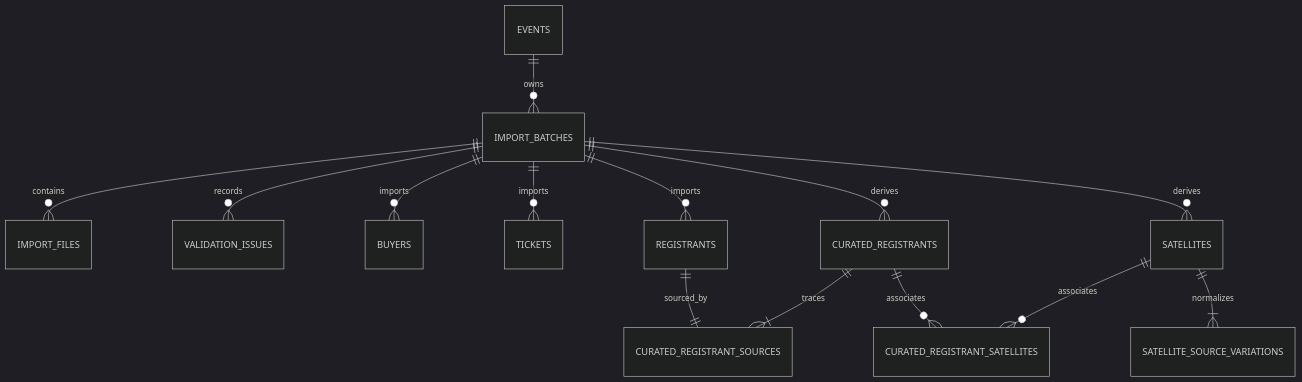
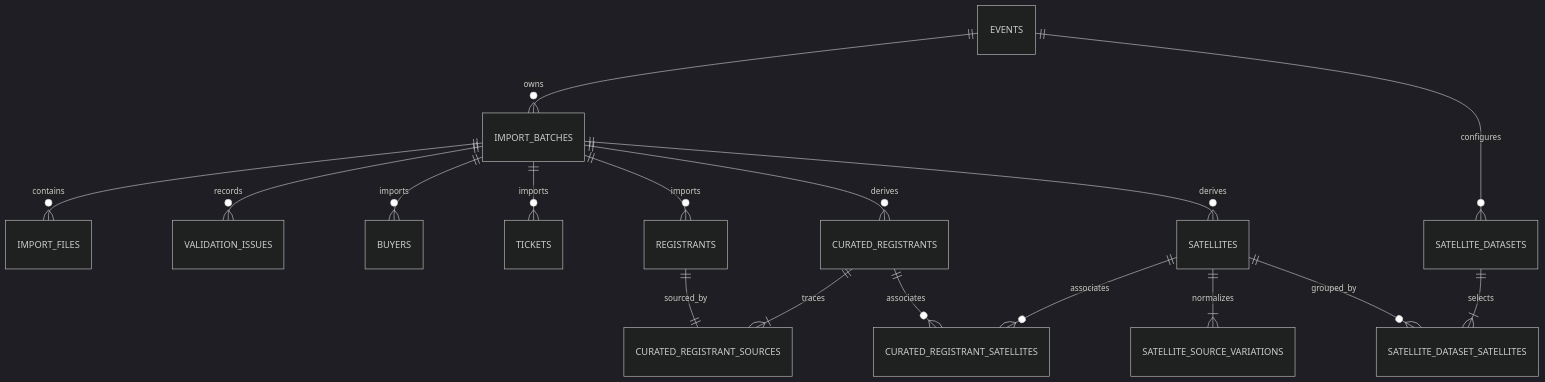
Before and after one commit to jakeromedev/ccf-event-intelligence: the diagram in CURRENT_DATABASE_STRUCTURE.md, drawn with Mermaid (dark theme). The commit also changed other lines of this file and 16 other files, not shown here.

Commit message:
Add configurable satellite dataset targets

````diff
--- a/CURRENT_DATABASE_STRUCTURE.md
+++ b/CURRENT_DATABASE_STRUCTURE.md
@@ -37,16 +39,19 @@
 ```mermaid
 erDiagram
     EVENTS ||--o{ IMPORT_BATCHES : owns
     IMPORT_BATCHES ||--o{ IMPORT_FILES : contains
     IMPORT_BATCHES ||--o{ VALIDATION_ISSUES : records
     IMPORT_BATCHES ||--o{ BUYERS : imports
     IMPORT_BATCHES ||--o{ TICKETS : imports
     IMPORT_BATCHES ||--o{ REGISTRANTS : imports
     IMPORT_BATCHES ||--o{ CURATED_REGISTRANTS : derives
     IMPORT_BATCHES ||--o{ SATELLITES : derives
     CURATED_REGISTRANTS ||--|{ CURATED_REGISTRANT_SOURCES : traces
     REGISTRANTS ||--|| CURATED_REGISTRANT_SOURCES : sourced_by
     CURATED_REGISTRANTS ||--o{ CURATED_REGISTRANT_SATELLITES : associates
     SATELLITES ||--o{ CURATED_REGISTRANT_SATELLITES : associates
     SATELLITES ||--|{ SATELLITE_SOURCE_VARIATIONS : normalizes
+    EVENTS ||--o{ SATELLITE_DATASETS : configures
+    SATELLITE_DATASETS ||--|{ SATELLITE_DATASET_SATELLITES : selects
+    SATELLITES ||--o{ SATELLITE_DATASET_SATELLITES : grouped_by
 ```
````
